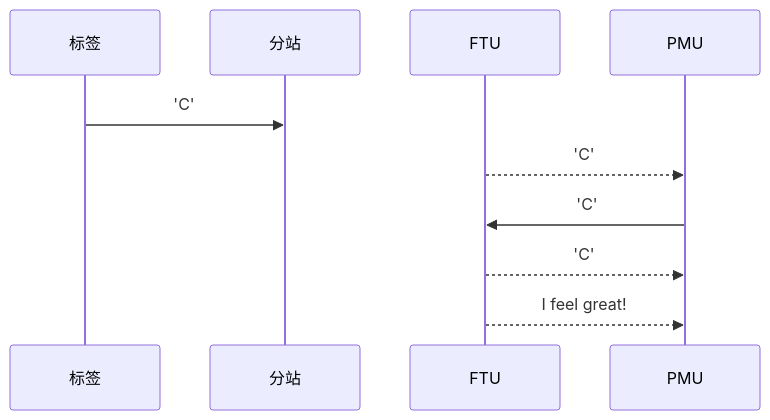
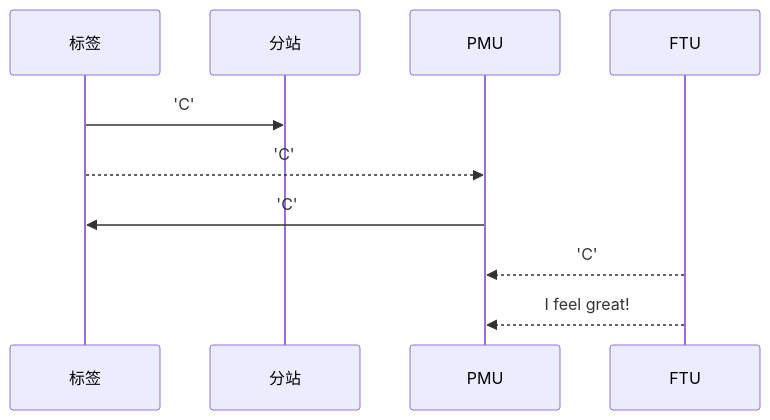
One commit to geek-zhao/iodraw-files changed the diagram in all/未命名.md. Above: the diagram before and after it, drawn with Mermaid.

Commit message:
2024-08-17 13:53:15 update

````diff
--- a/all/未命名.md
+++ b/all/未命名.md
@@ -1,9 +1,9 @@
 ```mermaid
 sequenceDiagram
     标签->>分站: 'C'
-    FTU-->>PMU: 'C'
-    PMU->>FTU: 'C'
+    标签-->>PMU: 'C'
+    PMU->>标签: 'C'
     FTU-->>PMU: 'C'
     FTU-->>PMU: I feel great!
             
 ```
````
